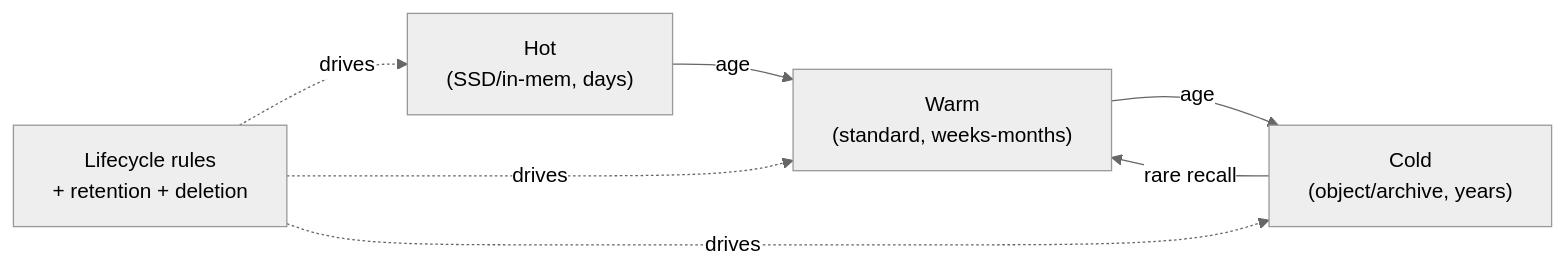
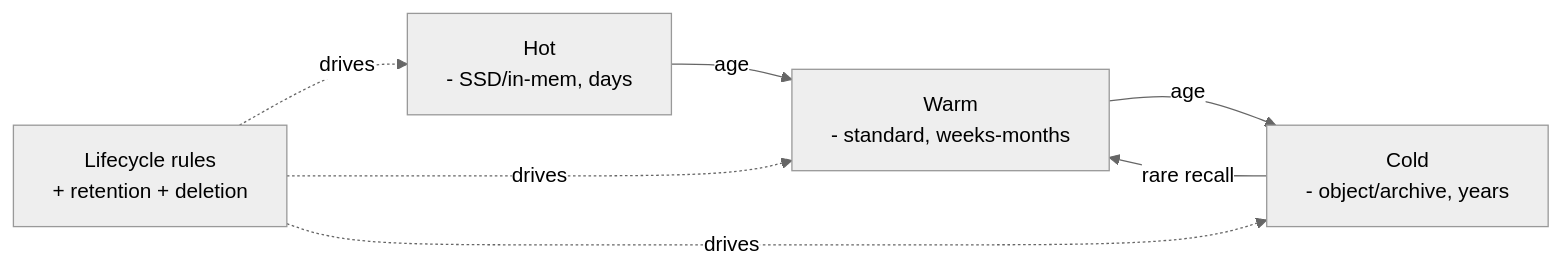
Before and after one commit to RIT-MESH/system-design-mastery: the second of 2 diagrams in docs/03-data-storage/04-cdc-materialized-views.md, drawn with Mermaid (neutral theme). The commit also changed other lines of this file and 139 other files, not shown here.

First line of the commit message:
Fix Mermaid parse errors: replace parentheses in node labels across 140 files

````diff
--- a/docs/03-data-storage/04-cdc-materialized-views.md
+++ b/docs/03-data-storage/04-cdc-materialized-views.md
@@ -47,10 +47,10 @@
 ```mermaid
 %% created-for: system-design-mastery
 flowchart LR
-  Hot["Hot<br/>(SSD/in-mem, days)"] -->|"age"| Warm["Warm<br/>(standard, weeks-months)"]
-  Warm -->|"age"| Cold["Cold<br/>(object/archive, years)"]
+  Hot["Hot<br/> - SSD/in-mem, days"] -->|"age"| Warm["Warm<br/> - standard, weeks-months"]
+  Warm -->|"age"| Cold["Cold<br/> - object/archive, years"]
   Cold -->|"rare recall"| Warm
   Policy["Lifecycle rules<br/>+ retention + deletion"] -.drives.-> Hot
   Policy -.drives.-> Warm
   Policy -.drives.-> Cold
 ```
````
